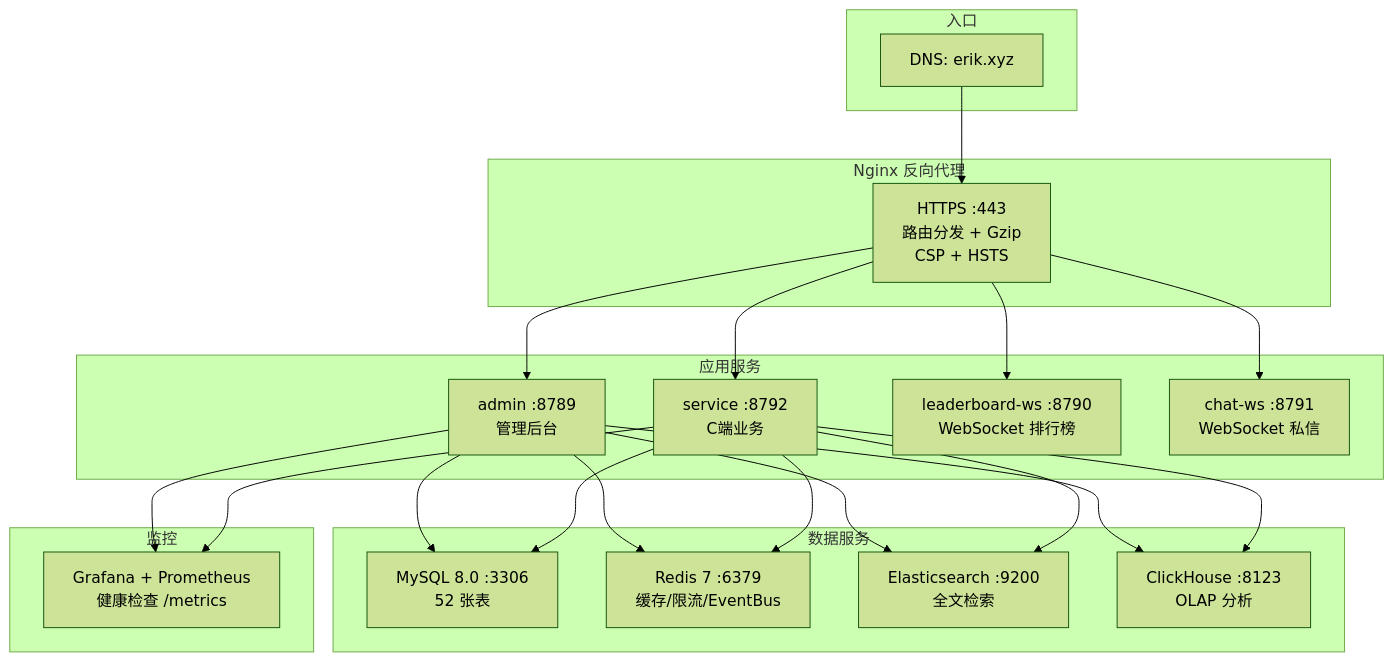
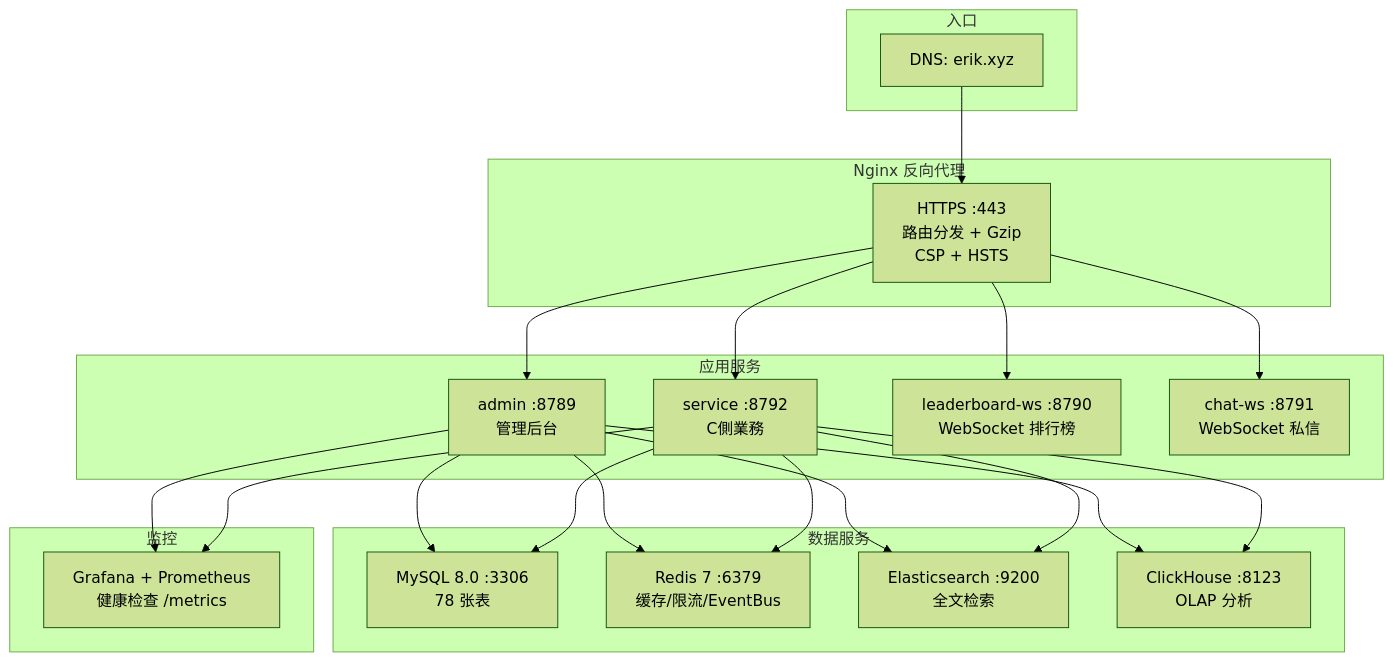
The diagram in admin/docs/diagrams/12-deployment.ja.md (erikwang2013/game-platform-php), drawn with Mermaid (forest theme) before and after one commit. The commit also changed 511 other files, not shown here.

````diff
--- a/admin/docs/diagrams/12-deployment.ja.md
+++ b/admin/docs/diagrams/12-deployment.ja.md
@@ -7,33 +7,33 @@
 ```mermaid
 flowchart TB
     subgraph "入口"
         DNS["DNS: erik.xyz"]
     end
 
     subgraph "Nginx 反向代理"
         NGX["HTTPS :443<br/>路由分发 + Gzip<br/>CSP + HSTS"]
     end
 
     subgraph "应用服务"
         ADM["admin :8789<br/>管理后台"]
-        SVC["service :8792<br/>C端业务"]
+        SVC["service :8792<br/>C側業務"]
         LB["leaderboard-ws :8790<br/>WebSocket 排行榜"]
         CHAT["chat-ws :8791<br/>WebSocket 私信"]
     end
 
     subgraph "数据服务"
-        MYSQL["MySQL 8.0 :3306<br/>52 张表"]
+        MYSQL["MySQL 8.0 :3306<br/>78 张表"]
         REDIS["Redis 7 :6379<br/>缓存/限流/EventBus"]
         ES["Elasticsearch :9200<br/>全文检索"]
         CH["ClickHouse :8123<br/>OLAP 分析"]
     end
 
     subgraph "监控"
         MON["Grafana + Prometheus<br/>健康检查 /metrics"]
     end
 
     DNS --> NGX
     NGX --> ADM & SVC & LB & CHAT
     ADM & SVC --> MYSQL & REDIS & ES & CH
     ADM & SVC --> MON
 ```
````
